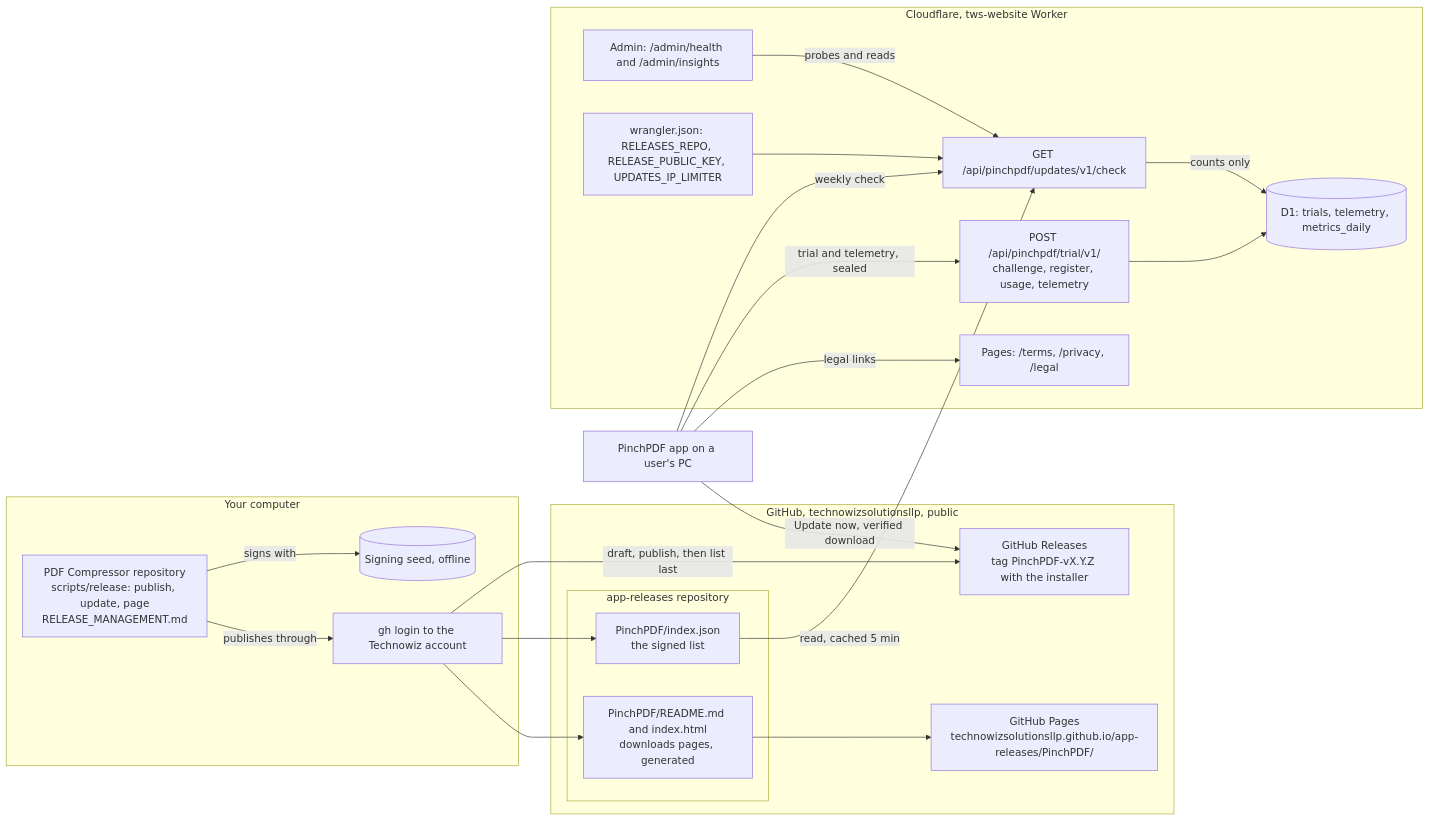
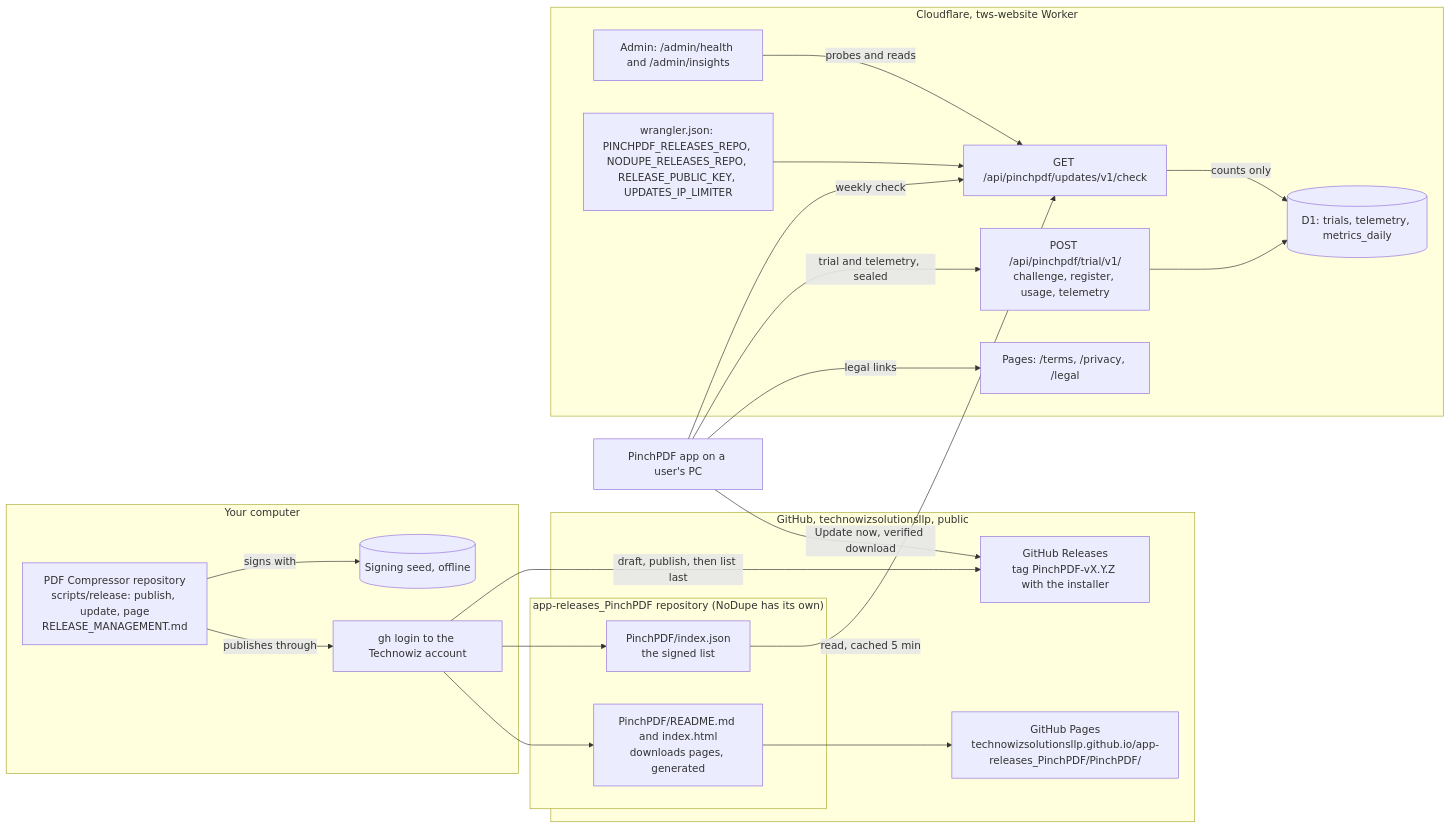
Before and after one commit to technowizsolutionsllp/TWS-Website: the fifth of 7 diagrams in docs/UPDATE_FLOW.md, drawn with Mermaid. The commit also changed other lines of this file and 20 other files, not shown here.

First line of the commit message:
One releases repository per product: PINCHPDF_RELEASES_REPO and NODUPE_RELEASES_REPO

````diff
--- a/docs/UPDATE_FLOW.md
+++ b/docs/UPDATE_FLOW.md
@@ -218,40 +218,40 @@
 ```mermaid
 flowchart LR
     subgraph PC["Your computer"]
       R1["PDF Compressor repository<br/>scripts/release: publish, update, page<br/>RELEASE_MANAGEMENT.md"]
       SEED[("Signing seed, offline")]
       GHCLI["gh login to the Technowiz account"]
     end
     subgraph GHUB["GitHub, technowizsolutionsllp, public"]
-      subgraph AR["app-releases repository"]
+      subgraph AR["app-releases_PinchPDF repository (NoDupe has its own)"]
         L["PinchPDF/index.json<br/>the signed list"]
         PG["PinchPDF/README.md and index.html<br/>downloads pages, generated"]
       end
       REL["GitHub Releases<br/>tag PinchPDF-vX.Y.Z with the installer"]
-      PAGES["GitHub Pages<br/>technowizsolutionsllp.github.io/app-releases/PinchPDF/"]
+      PAGES["GitHub Pages<br/>technowizsolutionsllp.github.io/app-releases_PinchPDF/PinchPDF/"]
     end
     subgraph CF["Cloudflare, tws-website Worker"]
       EP["GET /api/pinchpdf/updates/v1/check"]
       TRIAL["POST /api/pinchpdf/trial/v1/<br/>challenge, register, usage, telemetry"]
       SITE["Pages: /terms, /privacy, /legal"]
       ADMIN["Admin: /admin/health and /admin/insights"]
       D1[("D1: trials, telemetry, metrics_daily")]
-      CFG["wrangler.json: RELEASES_REPO, RELEASE_PUBLIC_KEY, UPDATES_IP_LIMITER"]
+      CFG["wrangler.json: PINCHPDF_RELEASES_REPO, NODUPE_RELEASES_REPO, RELEASE_PUBLIC_KEY, UPDATES_IP_LIMITER"]
     end
     APP["PinchPDF app on a user's PC"]
     R1 -- "signs with" --> SEED
     R1 -- "publishes through" --> GHCLI
     GHCLI -- "draft, publish, then list last" --> REL
     GHCLI --> L
     GHCLI --> PG
     PG --> PAGES
     L -- "read, cached 5 min" --> EP
     CFG --> EP
     EP -- "counts only" --> D1
     TRIAL --> D1
     ADMIN -- "probes and reads" --> EP
     APP -- "weekly check" --> EP
     APP -- "trial and telemetry, sealed" --> TRIAL
     APP -- "legal links" --> SITE
     APP -- "Update now, verified download" --> REL
 ```
````
